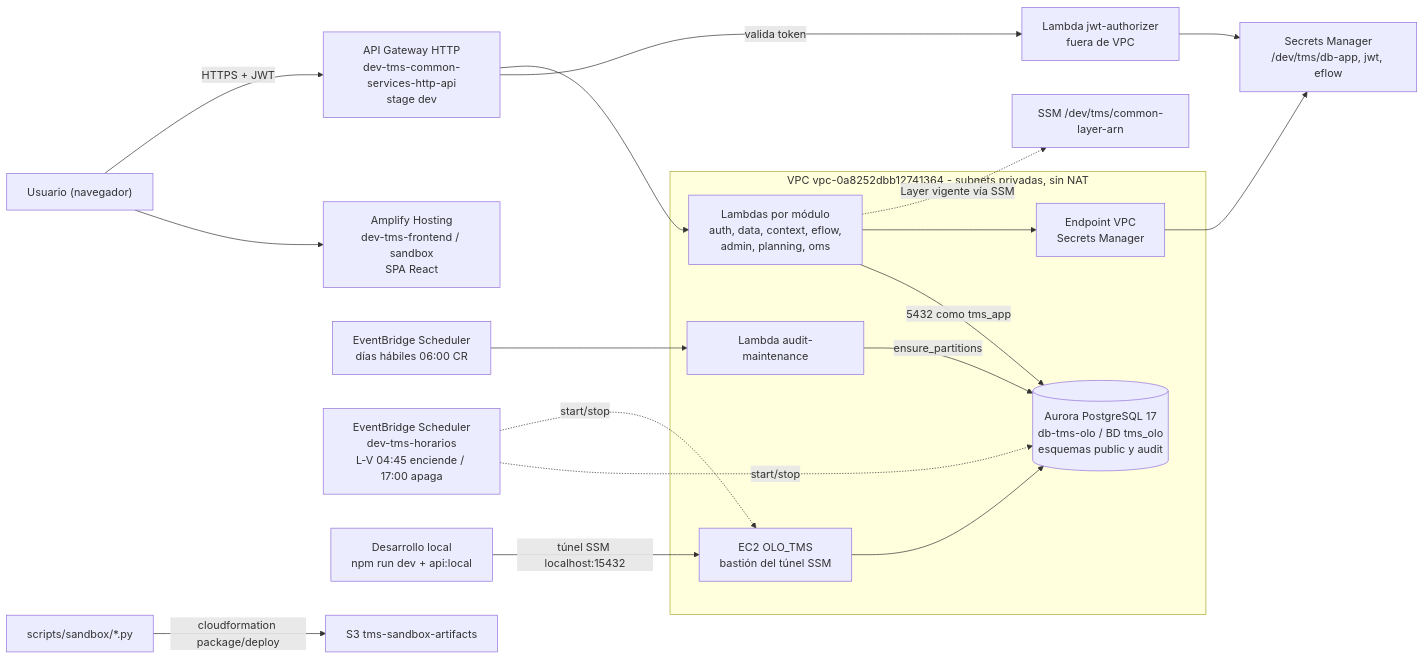
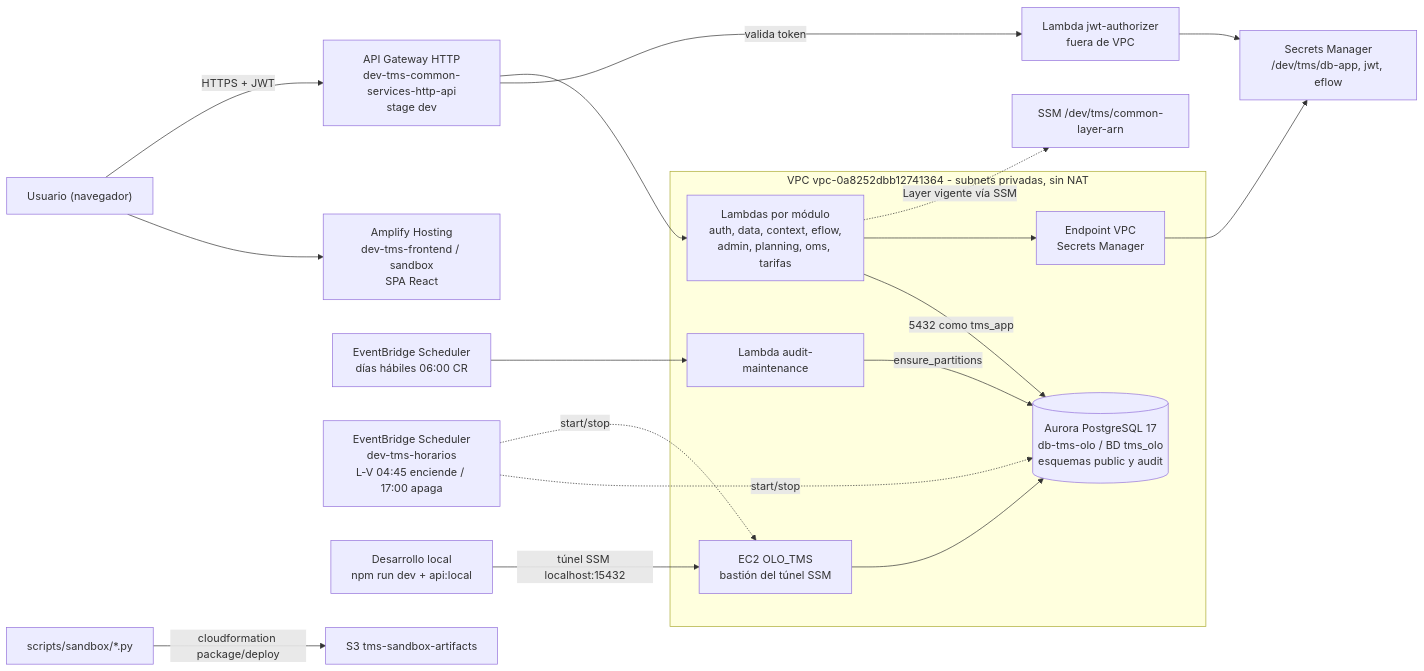
Before and after one commit to JeanCaOLO/sto_tms_olo: the diagram in docs/reference/aws-inventario-tms.md, drawn with Mermaid. The commit also changed other lines of this file, not shown here.

Commit message:
Inventario AWS: stack dev-tms-tarifas y política de regiones de ext.claude

````diff
--- a/docs/reference/aws-inventario-tms.md
+++ b/docs/reference/aws-inventario-tms.md
@@ -14,24 +14,24 @@
 ```mermaid
 flowchart LR
   user["Usuario (navegador)"] --> amplify["Amplify Hosting<br/>dev-tms-frontend / sandbox<br/>SPA React"]
   user -->|"HTTPS + JWT"| apigw["API Gateway HTTP<br/>dev-tms-common-services-http-api<br/>stage dev"]
   apigw -->|"valida token"| authz["Lambda jwt-authorizer<br/>fuera de VPC"]
-  apigw --> lambdas["Lambdas por módulo<br/>auth, data, context, eflow,<br/>admin, planning, oms"]
+  apigw --> lambdas["Lambdas por módulo<br/>auth, data, context, eflow,<br/>admin, planning, oms, tarifas"]
   sched["EventBridge Scheduler<br/>días hábiles 06:00 CR"] --> maint["Lambda audit-maintenance"]
   horarios["EventBridge Scheduler<br/>dev-tms-horarios<br/>L-V 04:45 enciende / 17:00 apaga"] -.->|"start/stop"| aurora
   horarios -.->|"start/stop"| bastion
   subgraph vpc["VPC vpc-0a8252dbb12741364 - subnets privadas, sin NAT"]
     lambdas
     maint
     vpce["Endpoint VPC<br/>Secrets Manager"]
     aurora[("Aurora PostgreSQL 17<br/>db-tms-olo / BD tms_olo<br/>esquemas public y audit")]
     bastion["EC2 OLO_TMS<br/>bastión del túnel SSM"]
   end
   lambdas -->|"5432 como tms_app"| aurora
   maint -->|"ensure_partitions"| aurora
   lambdas --> vpce --> secrets["Secrets Manager<br/>/dev/tms/db-app, jwt, eflow"]
   authz --> secrets
   dev["Desarrollo local<br/>npm run dev + api:local"] -->|"túnel SSM localhost:15432"| bastion --> aurora
   deploy["scripts/sandbox/*.py"] -->|"cloudformation package/deploy"| s3art["S3 tms-sandbox-artifacts"]
   lambdas -.->|"Layer vigente vía SSM"| ssm["SSM /dev/tms/common-layer-arn"]
 ```
````
